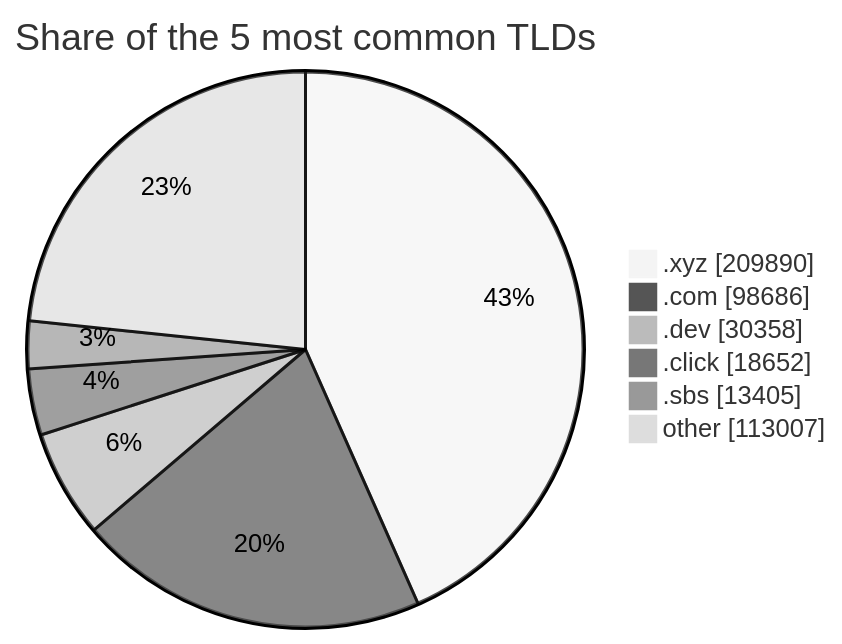
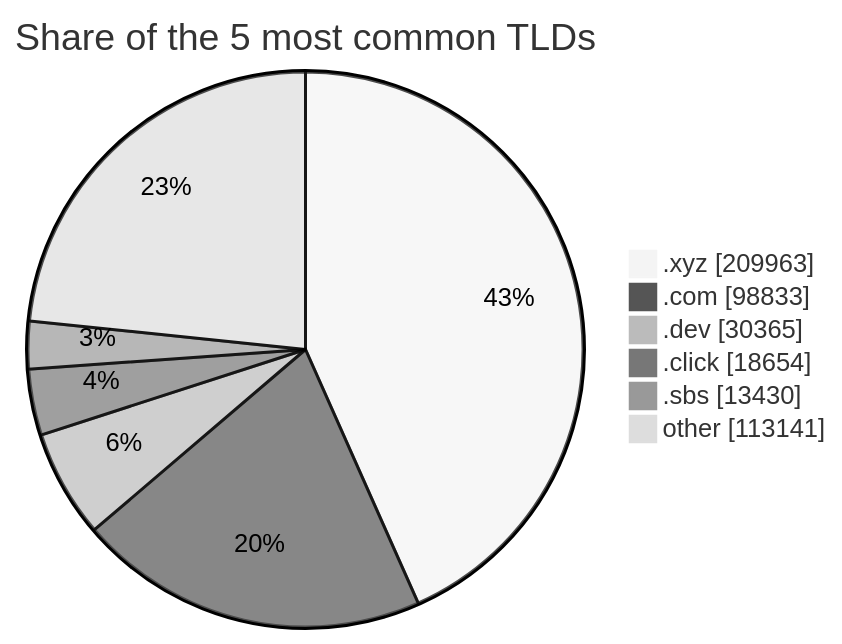
Before and after one commit to DNSBunker/CTI: the third of 3 diagrams in README.md, drawn with Mermaid (neutral theme). The commit also changed other lines of this file and 3 other files, not shown here.

````diff
--- a/README.md
+++ b/README.md
@@ -81,9 +81,9 @@
 ```mermaid
 pie showData title Share of the 5 most common TLDs
-    ".xyz" : 209890
-    ".com" : 98686
-    ".dev" : 30358
-    ".click" : 18652
-    ".sbs" : 13405
-    "other" : 113007
+    ".xyz" : 209963
+    ".com" : 98833
+    ".dev" : 30365
+    ".click" : 18654
+    ".sbs" : 13430
+    "other" : 113141
 ```
````
